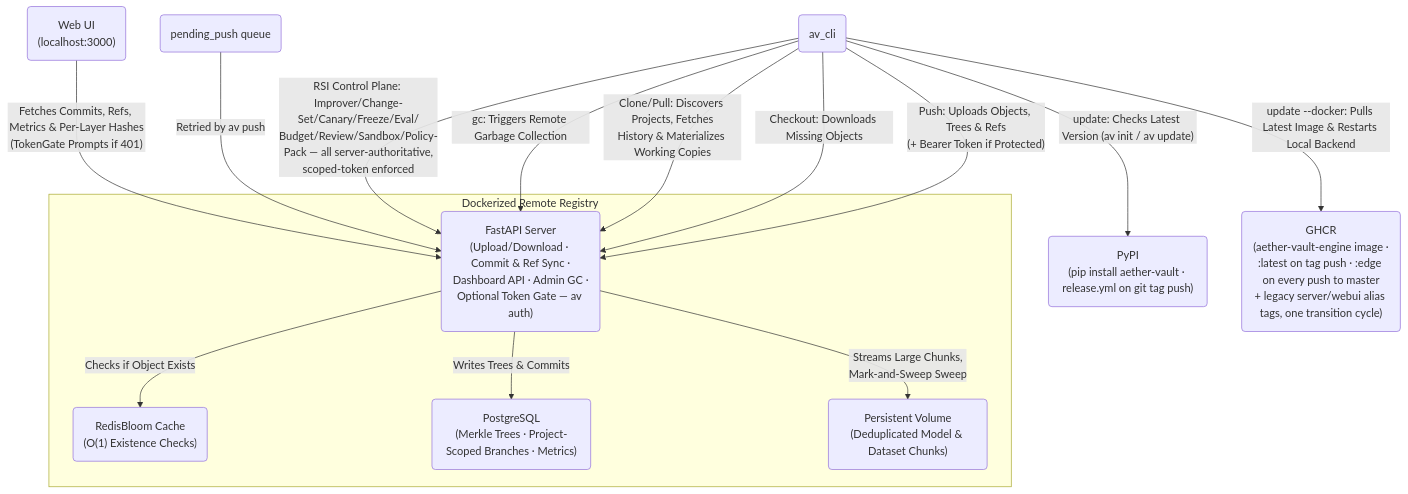
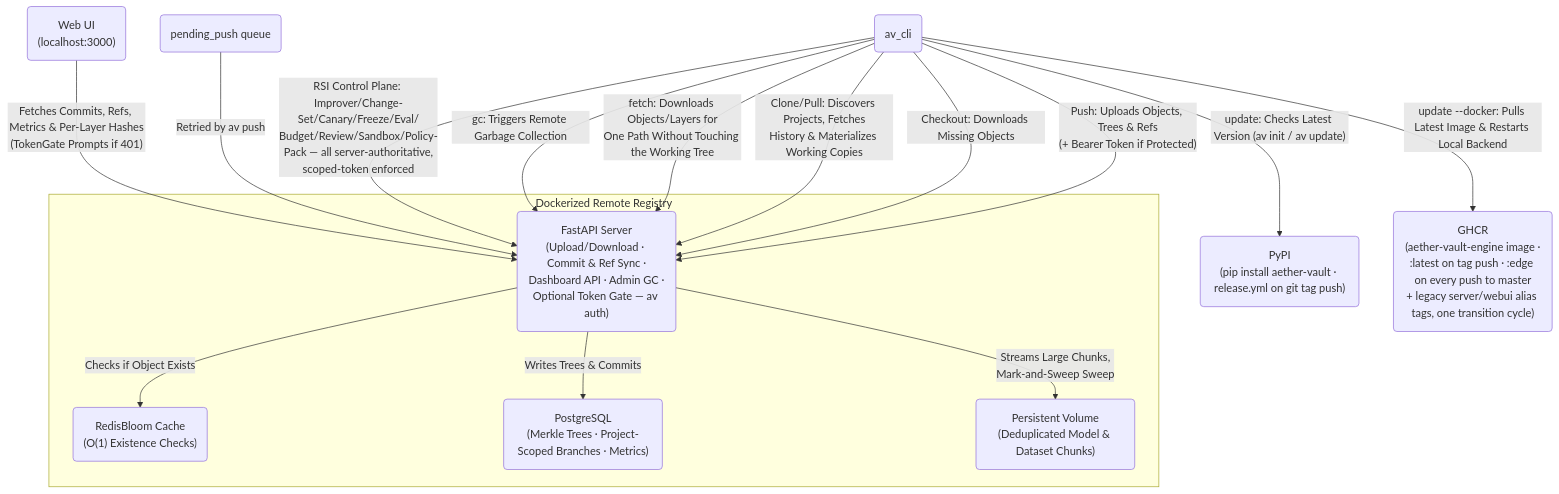
One commit to leon1706-lol/Aether-Vault changed the second of 2 diagrams in README.md. Above: the diagram before and after it, drawn with Mermaid. The commit also changed other lines of this file and 97 other files, not shown here.

````diff
--- a/README.md
+++ b/README.md
@@ -159,30 +160,31 @@
 ```mermaid
 graph TD
     CLI("av_cli")
     PendingQ("pending_push queue")
     WebUI("Web UI<br>(localhost:3000)")
 
     subgraph Remote [Dockerized Remote Registry]
         FastAPI("FastAPI Server<br>(Upload/Download · Commit & Ref Sync ·<br>Dashboard API · Admin GC ·<br>Optional Token Gate — av auth)")
         Redis("RedisBloom Cache<br>(O(1) Existence Checks)")
         DB("PostgreSQL<br>(Merkle Trees · Project-Scoped Branches · Metrics)")
         Storage("Persistent Volume<br>(Deduplicated Model & Dataset Chunks)")
 
         FastAPI -- "Checks if Object Exists" --> Redis
         FastAPI -- "Writes Trees & Commits" --> DB
         FastAPI -- "Streams Large Chunks,<br>Mark-and-Sweep Sweep" --> Storage
     end
 
     CLI -- "Push: Uploads Objects, Trees & Refs<br>(+ Bearer Token if Protected)" --> FastAPI
     CLI -- "Checkout: Downloads Missing Objects" --> FastAPI
     CLI -- "Clone/Pull: Discovers Projects, Fetches<br>History & Materializes Working Copies" --> FastAPI
+    CLI -- "fetch: Downloads Objects/Layers for<br>One Path Without Touching the Working Tree" --> FastAPI
     CLI -- "gc: Triggers Remote Garbage Collection" --> FastAPI
     CLI -- "RSI Control Plane: Improver/Change-Set/Canary/Freeze/Eval/<br>Budget/Review/Sandbox/Policy-Pack — all server-authoritative,<br>scoped-token enforced" --> FastAPI
     PendingQ -- "Retried by av push" --> FastAPI
     WebUI -- "Fetches Commits, Refs, Metrics & Per-Layer Hashes<br>(TokenGate Prompts if 401)" --> FastAPI
 
     PyPI("PyPI<br>(pip install aether-vault · release.yml on git tag push)")
     GHCR("GHCR<br>(aether-vault-engine image ·<br>:latest on tag push · :edge on every push to master<br>+ legacy server/webui alias tags, one transition cycle)")
     CLI -- "update: Checks Latest Version (av init / av update)" --> PyPI
     CLI -- "update --docker: Pulls Latest Image & Restarts Local Backend" --> GHCR
 ```
````
